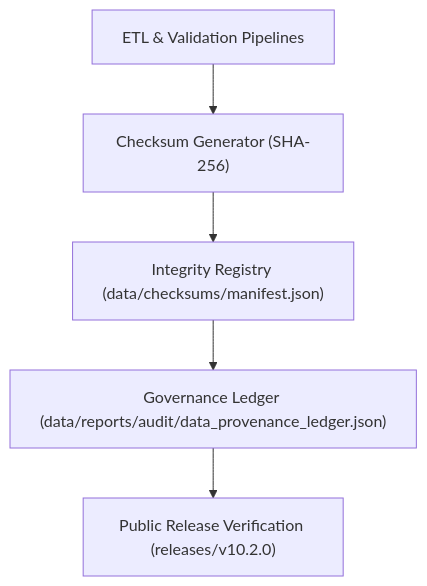
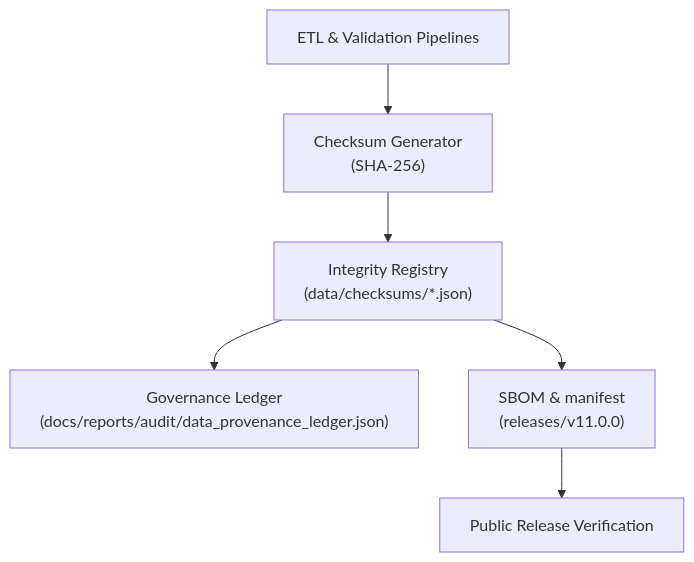
The diagram in data/checksums/README.md (bartytime4life/Kansas-Frontier-Matrix), drawn with Mermaid before and after one commit. The commit also changed other lines of this file, not shown here.

````diff
--- a/data/checksums/README.md
+++ b/data/checksums/README.md
@@ -51,7 +132,9 @@
-```mermaid
+~~~~mermaid
 flowchart TD
-    ETL["ETL & Validation Pipelines"] --> GEN["Checksum Generator (SHA-256)"]
-    GEN --> REG["Integrity Registry (data/checksums/manifest.json)"]
-    REG --> LED["Governance Ledger (data/reports/audit/data_provenance_ledger.json)"]
-    LED --> REL["Public Release Verification (releases/v10.2.0)"]
-```
+    ETL["ETL & Validation Pipelines"]
+      --> GEN["Checksum Generator\n(SHA-256)"]
+    GEN --> REG["Integrity Registry\n(data/checksums/*.json)"]
+    REG --> LED["Governance Ledger\n(docs/reports/audit/data_provenance_ledger.json)"]
+    REG --> SBOM["SBOM & manifest\n(releases/v11.0.0)"]
+    SBOM --> PUB["Public Release Verification"]
+~~~~
````
